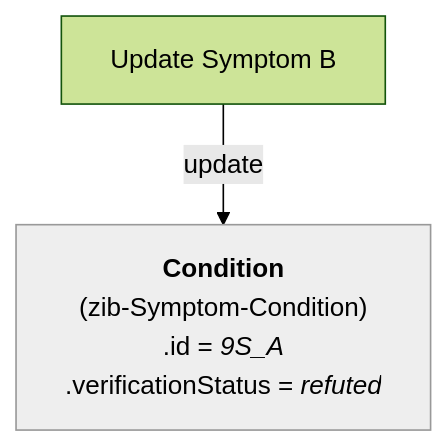
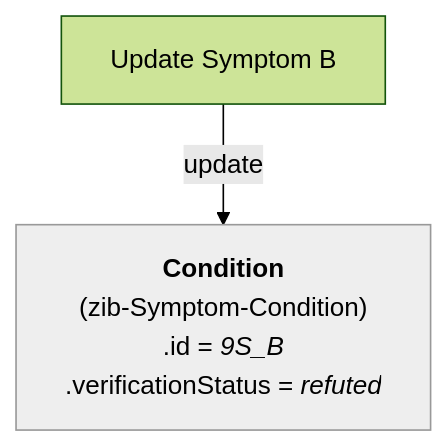
One commit to Nictiz/Nictiz-R4-zib2024 changed diagram 20 of 31 in documentation/Condition-Diagnosis-Symptom.md. Above: the diagram before and after it, drawn with Mermaid (forest theme). The commit also changed other lines of this file, not shown here.

````diff
--- a/documentation/Condition-Diagnosis-Symptom.md
+++ b/documentation/Condition-Diagnosis-Symptom.md
@@ -729,19 +802,19 @@
 ```mermaid
 flowchart TB
 
 UpdateSymptom_A["`Update Symptom B`"]
 
     S_A["`
         **Condition**
         (zib-Symptom-Condition)
-        .id = _9S_A_
+        .id = _9S_B_
         .verificationStatus = _refuted_
         `"]    
    
     S_A:::Ash
 
     classDef Ash stroke-width:1px, stroke-dasharray:none, stroke:#999999, fill:#EEEEEE, color:#000000
 
 UpdateSymptom_A -- update --> S_A
 
 ```
````
